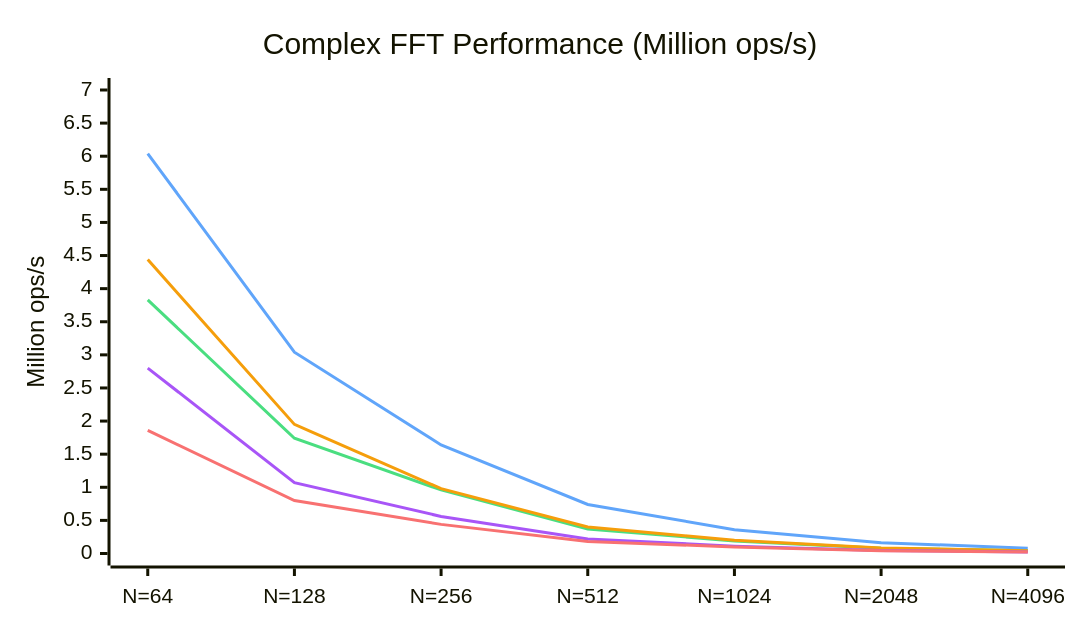
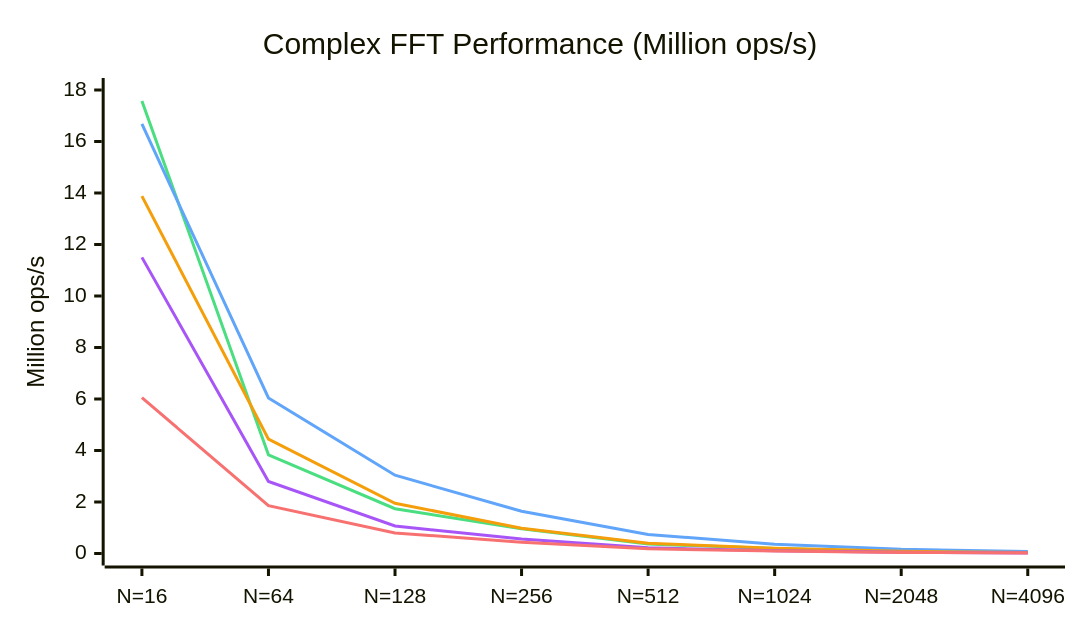
One commit to EmNudge/wat-fft changed the first of 2 diagrams in README.md. Above: the diagram before and after it, drawn with Mermaid. The commit also changed other lines of this file and 2 other files, not shown here.

````diff
--- a/README.md
+++ b/README.md
@@ -21,20 +22,20 @@
 ```mermaid
 ---
 config:
     xyChart:
         width: 700
         height: 400
     themeVariables:
         xyChart:
             plotColorPalette: "#4ade80, #60a5fa, #f59e0b, #a855f7, #f87171"
 ---
 xychart-beta
     title "Complex FFT Performance (Million ops/s)"
-    x-axis [N=64, N=128, N=256, N=512, N=1024, N=2048, N=4096]
-    y-axis "Million ops/s" 0 --> 7
-    line [3.83, 1.74, 0.96, 0.37, 0.19, 0.080, 0.044]
-    line [6.04, 3.04, 1.64, 0.74, 0.36, 0.163, 0.081]
-    line [4.44, 1.95, 0.98, 0.40, 0.20, 0.084, 0.041]
-    line [2.80, 1.07, 0.56, 0.22, 0.11, 0.047, 0.023]
-    line [1.86, 0.80, 0.44, 0.18, 0.10, 0.041, 0.022]
+    x-axis [N=16, N=64, N=128, N=256, N=512, N=1024, N=2048, N=4096]
+    y-axis "Million ops/s" 0 --> 18
+    line [17.57, 3.83, 1.74, 0.96, 0.37, 0.19, 0.080, 0.044]
+    line [16.68, 6.04, 3.04, 1.64, 0.74, 0.36, 0.163, 0.081]
+    line [13.88, 4.44, 1.95, 0.98, 0.40, 0.20, 0.084, 0.041]
+    line [11.50, 2.80, 1.07, 0.56, 0.22, 0.11, 0.047, 0.023]
+    line [6.05, 1.86, 0.80, 0.44, 0.18, 0.10, 0.041, 0.022]
 ```
````
